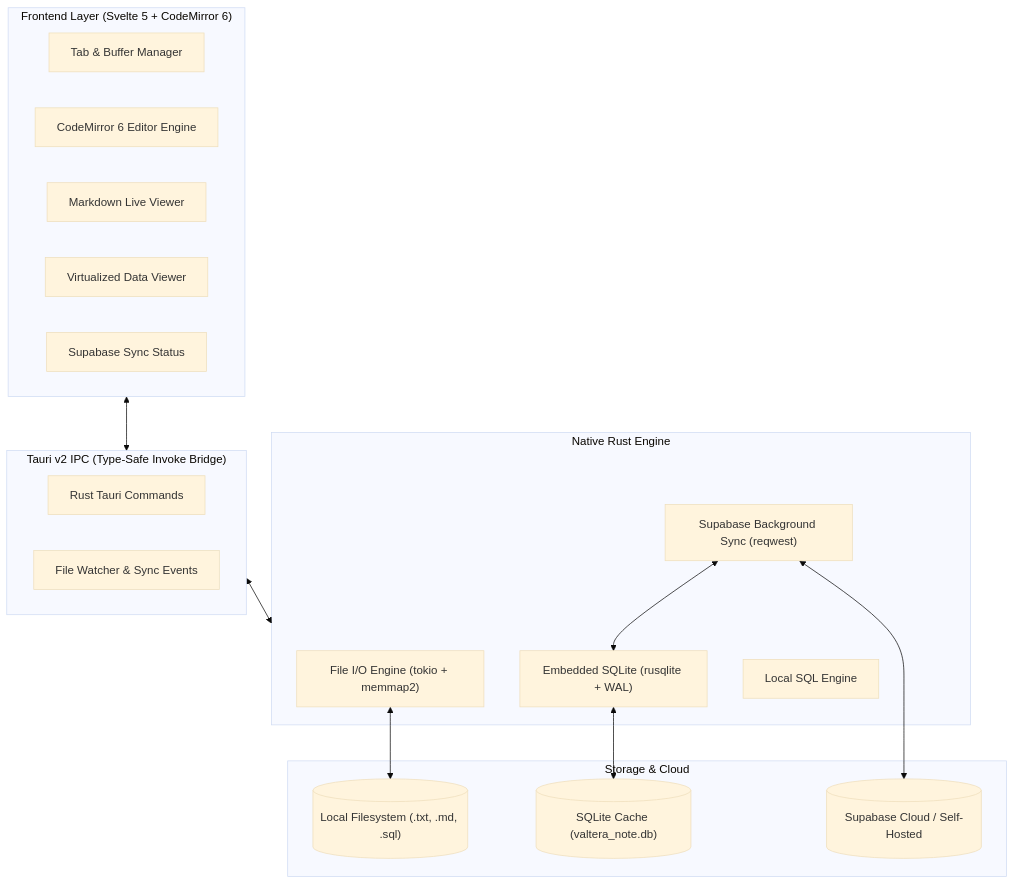
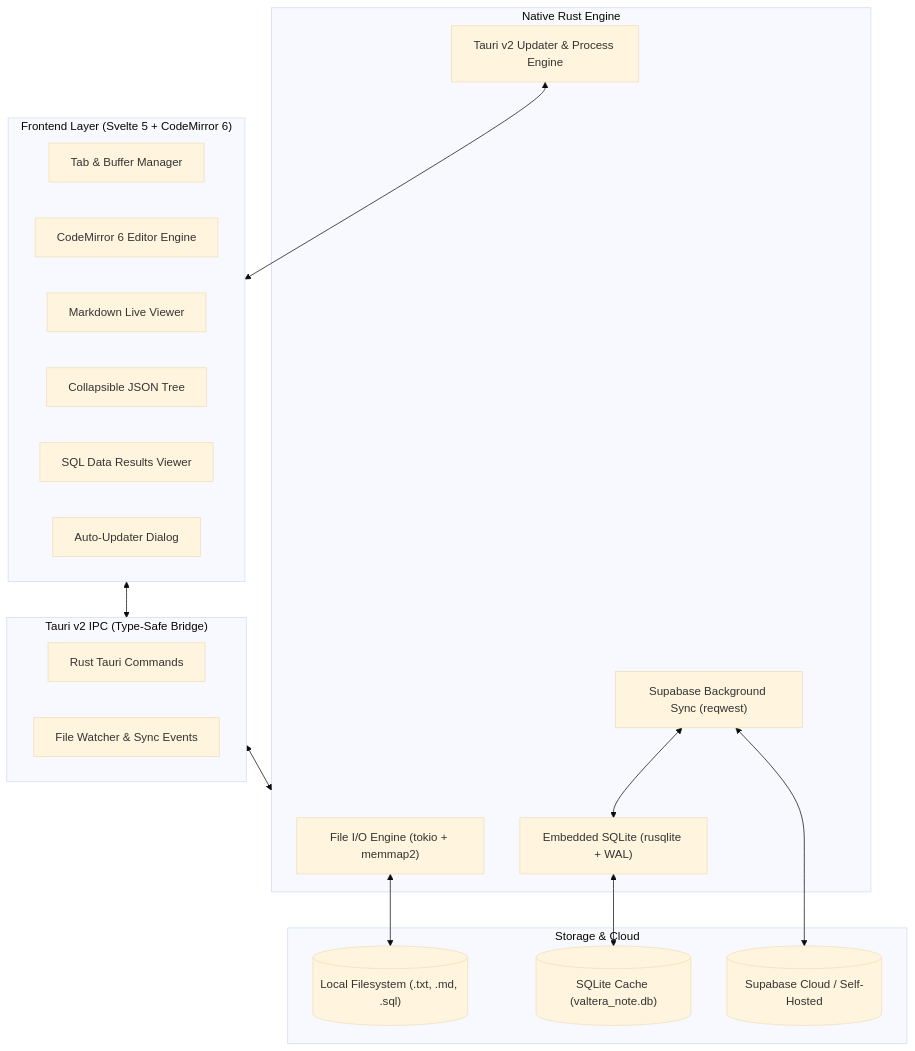
The diagram in README.md (danikz/valtera-note), drawn with Mermaid (base theme) before and after one commit. The commit also changed other lines of this file and 1 other file, not shown here.

````diff
--- a/README.md
+++ b/README.md
@@ -86,35 +182,37 @@
 ```mermaid
 flowchart TB
     subgraph Frontend["Frontend Layer (Svelte 5 + CodeMirror 6)"]
         TabManager["Tab & Buffer Manager"]
         CM6Core["CodeMirror 6 Editor Engine"]
         MDViewer["Markdown Live Viewer"]
-        DataGrid["Virtualized Data Viewer"]
-        SyncIndicator["Supabase Sync Status"]
+        JSONViewer["Collapsible JSON Tree"]
+        DataGrid["SQL Data Results Viewer"]
+        UpdateModal["Auto-Updater Dialog"]
     end
 
-    subgraph IPC["Tauri v2 IPC (Type-Safe Invoke Bridge)"]
+    subgraph IPC["Tauri v2 IPC (Type-Safe Bridge)"]
         Commands["Rust Tauri Commands"]
         Events["File Watcher & Sync Events"]
     end
 
     subgraph Backend["Native Rust Engine"]
         FSService["File I/O Engine (tokio + memmap2)"]
         DBService["Embedded SQLite (rusqlite + WAL)"]
         SyncEngine["Supabase Background Sync (reqwest)"]
-        SQLRunner["Local SQL Engine"]
+        UpdateEngine["Tauri v2 Updater & Process Engine"]
     end
 
     subgraph Storage["Storage & Cloud"]
         DiskFiles[("Local Filesystem (.txt, .md, .sql)")]
         LocalDB[("SQLite Cache (valtera_note.db)")]
         SupabaseCloud[("Supabase Cloud / Self-Hosted")]
     end
 
     Frontend <--> IPC
     IPC <--> Backend
     FSService <--> DiskFiles
     DBService <--> LocalDB
     SyncEngine <--> SupabaseCloud
     SyncEngine <--> DBService
+    UpdateEngine <--> Frontend
 ```
````
